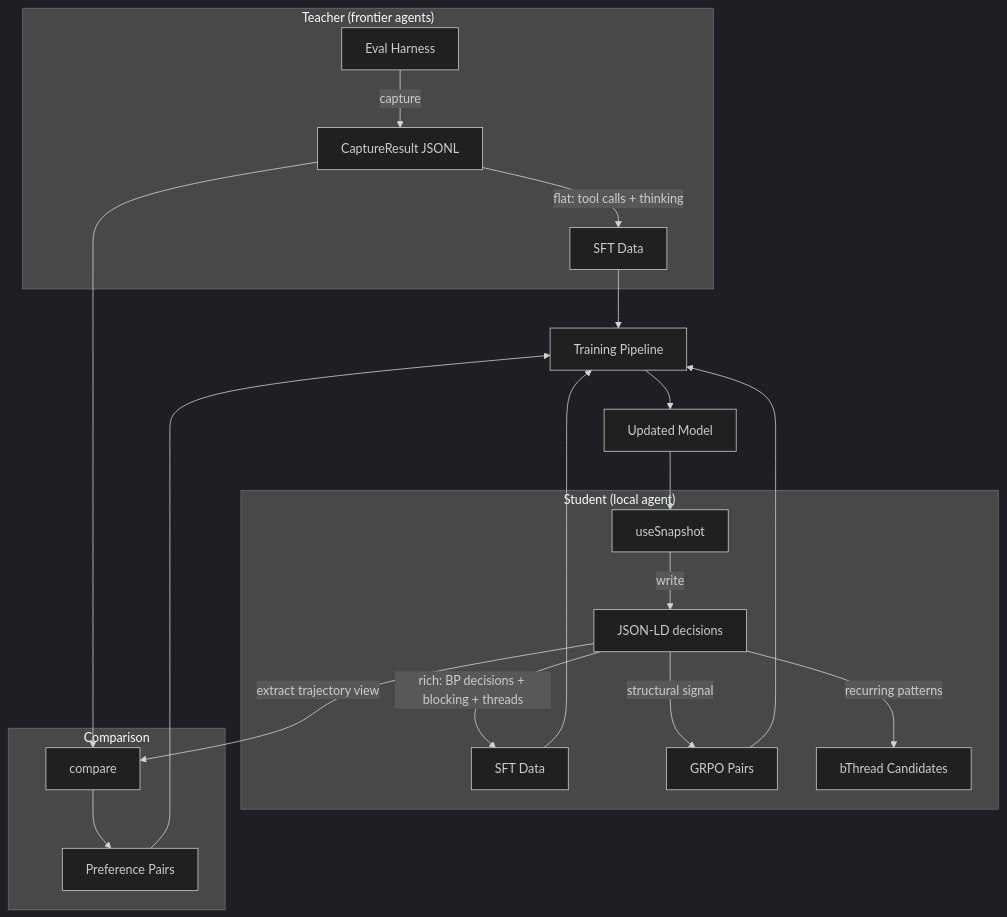
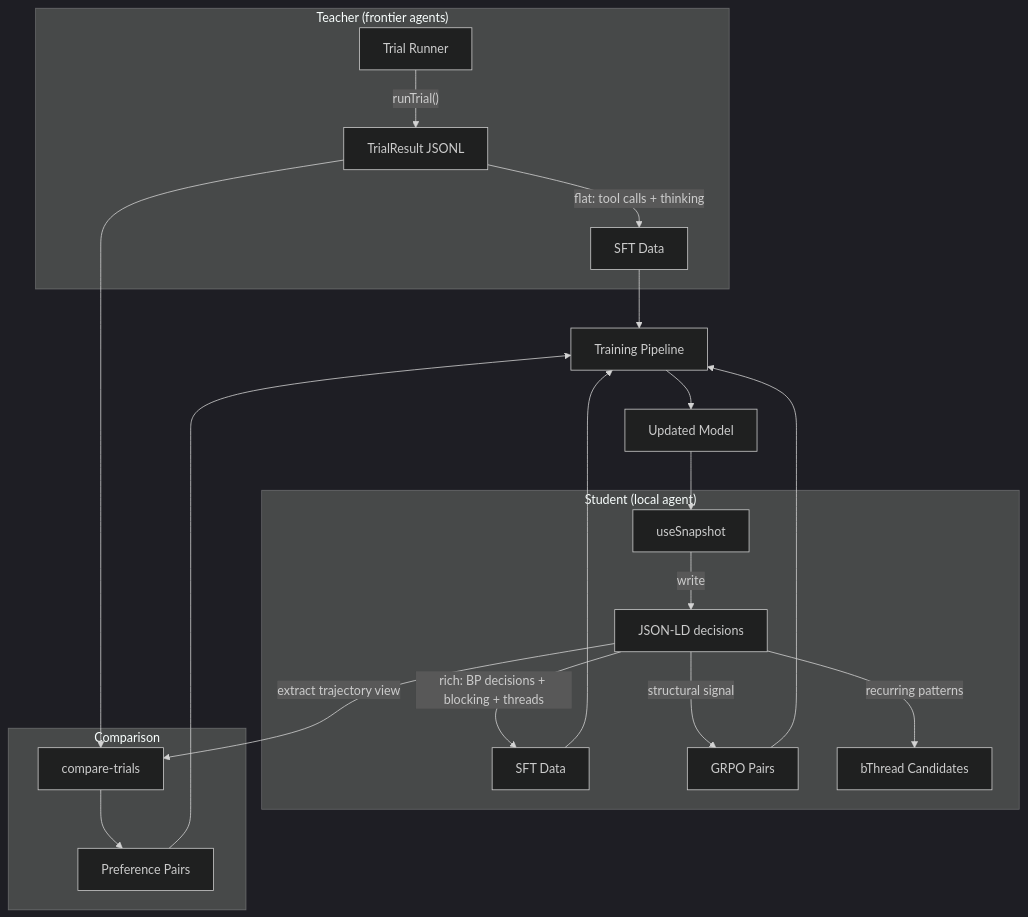
Before and after one commit to plaited/plaited: the sixth of 6 diagrams in docs/HYPERGRAPH-MEMORY.md, drawn with Mermaid (dark theme). The commit also changed other lines of this file and 4 other files, not shown here.

First line of the commit message:
docs: update stale eval/headless references to trial runner terminology

````diff
--- a/docs/HYPERGRAPH-MEMORY.md
+++ b/docs/HYPERGRAPH-MEMORY.md
@@ -779,27 +777,27 @@
 ```mermaid
 graph TD
     subgraph "Teacher (frontier agents)"
-        EH[Eval Harness] -->|capture| CR[CaptureResult JSONL]
-        CR -->|"flat: tool calls + thinking"| SFT1[SFT Data]
+        TR[Trial Runner] -->|"runTrial()"| TRR[TrialResult JSONL]
+        TRR -->|"flat: tool calls + thinking"| SFT1[SFT Data]
     end
 
     subgraph "Student (local agent)"
         US[useSnapshot] -->|"write"| JLD[JSON-LD decisions]
         JLD -->|"rich: BP decisions + blocking + threads"| SFT2[SFT Data]
         JLD -->|"structural signal"| GRPO[GRPO Pairs]
         JLD -->|"recurring patterns"| BT[bThread Candidates]
     end
 
     subgraph "Comparison"
-        CR --> CMP[compare]
+        TRR --> CMP[compare-trials]
         JLD -->|"extract trajectory view"| CMP
         CMP --> PREF[Preference Pairs]
     end
 
     SFT1 --> TRAIN[Training Pipeline]
     SFT2 --> TRAIN
     GRPO --> TRAIN
     PREF --> TRAIN
     TRAIN --> MODEL[Updated Model]
     MODEL --> US
 ```
````
